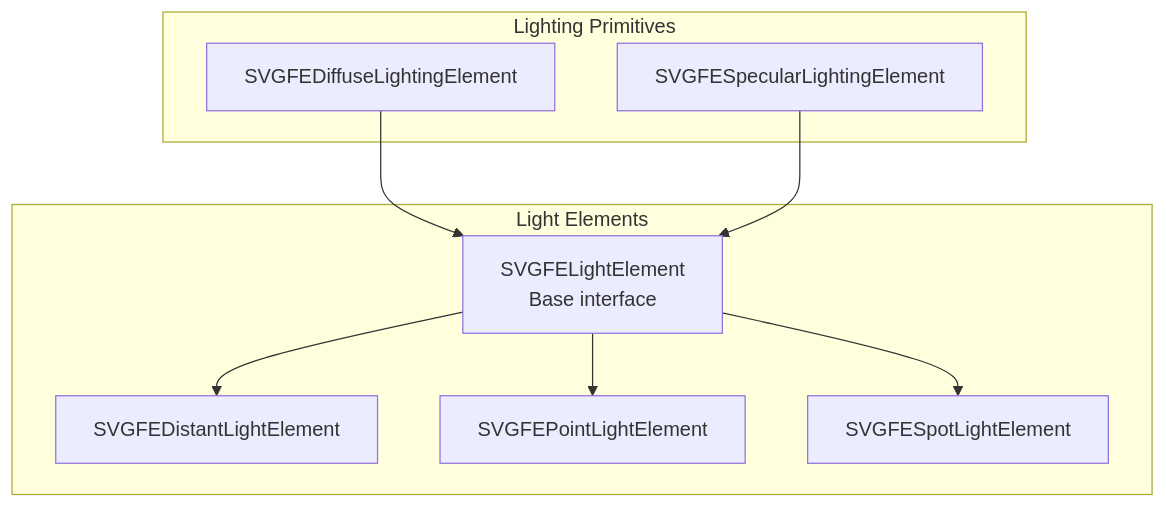
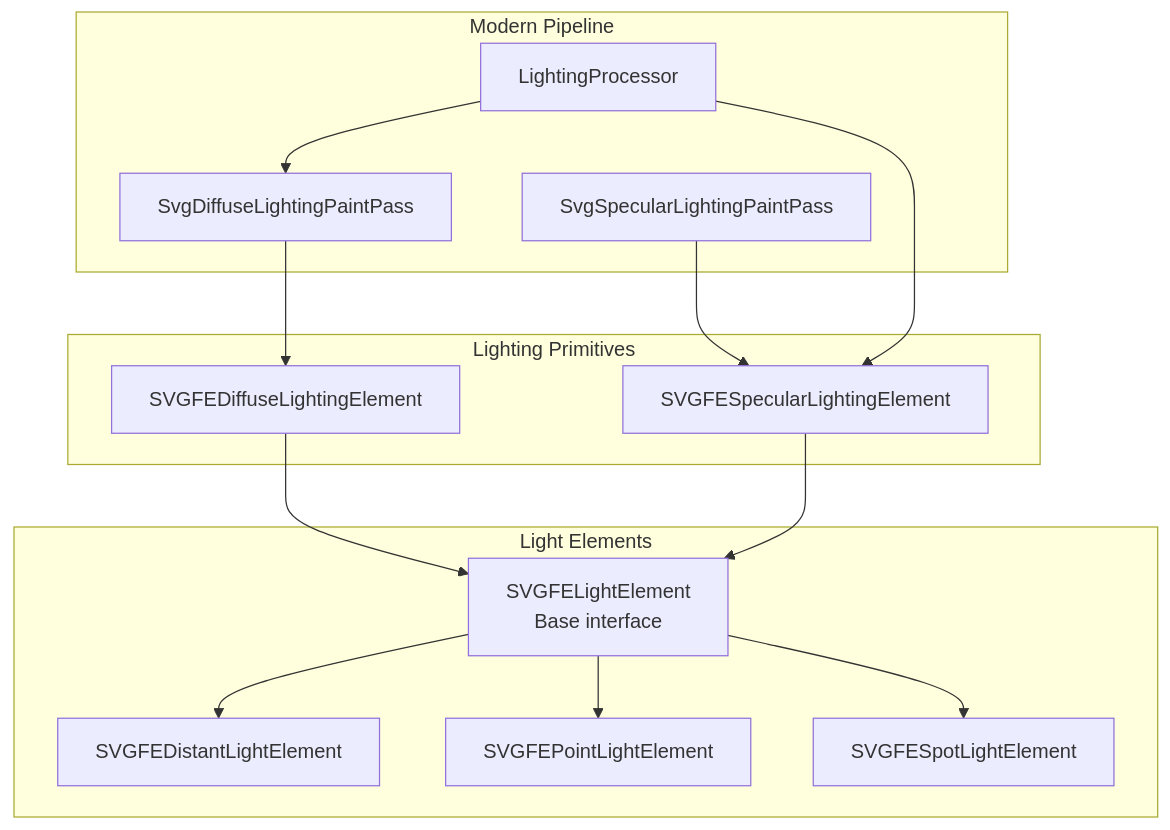
The first of 7 diagrams in .qoder/repowiki/en/content/Animated SVG Support/Advanced Animation Features/SVG Filters and Effects/Lighting and Surface Effects/Lighting and Surface Effects.md (denisnadey/flutter_full_svg_support), drawn with Mermaid before and after one commit. The commit also changed other lines of this file and 15 other files, not shown here.

````diff
--- a/.qoder/repowiki/en/content/Animated SVG Support/Advanced Animation Features/SVG Filters and Effects/Lighting and Surface Effects/Lighting and Surface Effects.md
+++ b/.qoder/repowiki/en/content/Animated SVG Support/Advanced Animation Features/SVG Filters and Effects/Lighting and Surface Effects/Lighting and Surface Effects.md
@@ -40,18 +54,27 @@
 ```mermaid
 graph TB
 subgraph "Light Elements"
 LE["SVGFELightElement<br/>Base interface"]
 DL["SVGFEDistantLightElement"]
 PL["SVGFEPointLightElement"]
 SL["SVGFESpotLightElement"]
 end
 subgraph "Lighting Primitives"
 DF["SVGFEDiffuseLightingElement"]
 SP["SVGFESpecularLightingElement"]
 end
+subgraph "Modern Pipeline"
+DP["SvgDiffuseLightingPaintPass"]
+SPass["SvgSpecularLightingPaintPass"]
+LP["LightingProcessor"]
+end
 LE --> DL
 LE --> PL
 LE --> SL
 DF --> LE
 SP --> LE
+DP --> DF
+SPass --> SP
+LP --> DP
+LP --> SP
 ```
````
